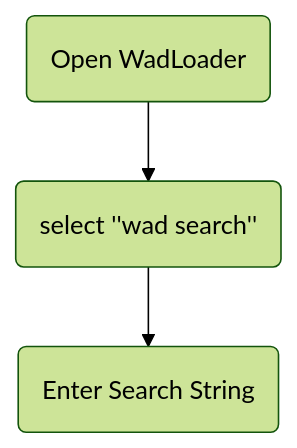
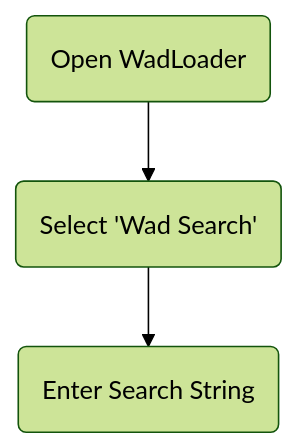
The sixth of 7 diagrams in documentation/usecases.md (Lukas-Hoernle/WAD-Loader-3), drawn with Mermaid (forest theme) before and after one commit. The commit also changed other lines of this file, not shown here.

````diff
--- a/documentation/usecases.md
+++ b/documentation/usecases.md
@@ -107,5 +60,5 @@
 ```mermaid
 graph
-A(Open WadLoader) --> B(select ''wad search'')
-    B --> C(Enter Search String)
+A(Open WadLoader) --> B(Select 'Wad Search')
+B --> C(Enter Search String)
 ```
````
